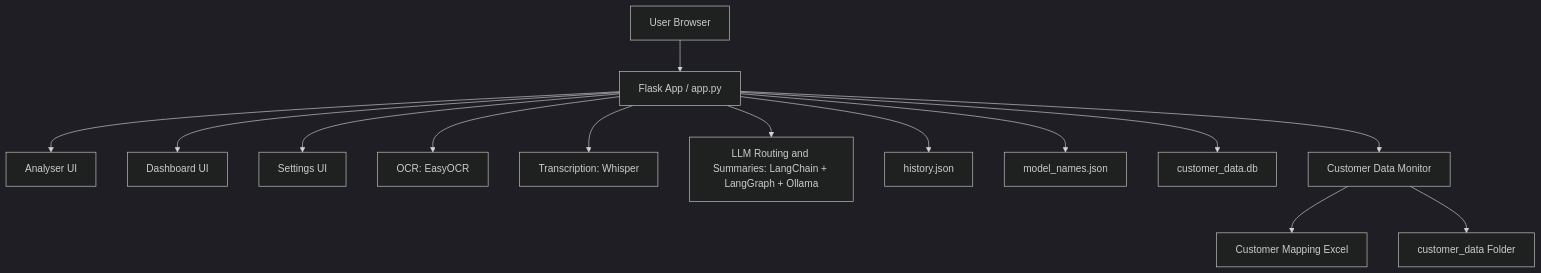
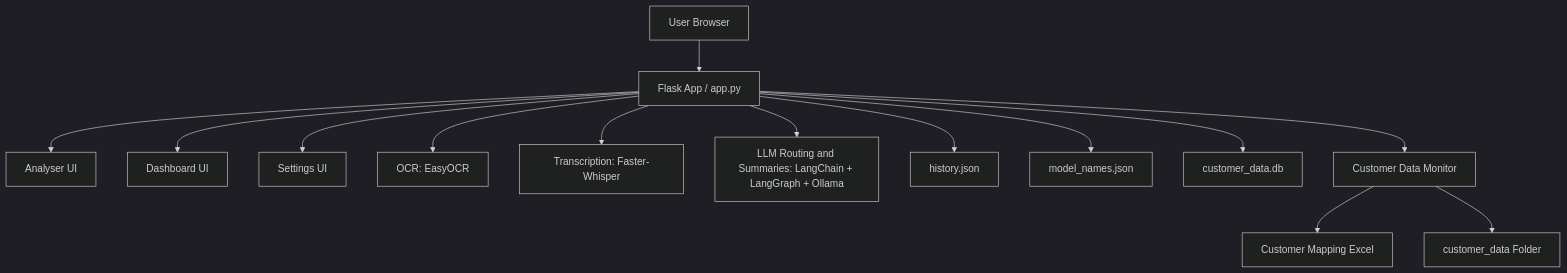
Before and after one commit to arunaj-1989/ISPAnalysers: the diagram in README.md, drawn with Mermaid (dark theme). The commit also changed other lines of this file and 22 other files, not shown here.

Commit message:
updated to faster-whisper models

````diff
--- a/README.md
+++ b/README.md
@@ -28,20 +28,20 @@
 ```mermaid
 graph TD
     U[User Browser] --> F[Flask App / app.py]
 
     F --> A[Analyser UI]
     F --> D[Dashboard UI]
     F --> S[Settings UI]
 
     F --> O[OCR: EasyOCR]
-    F --> W[Transcription: Whisper]
+   F --> W[Transcription: Faster-Whisper]
     F --> L[LLM Routing and Summaries: LangChain + LangGraph + Ollama]
 
     F --> H[history.json]
     F --> M[model_names.json]
     F --> Q[customer_data.db]
 
     F --> C[Customer Data Monitor]
     C --> X[Customer Mapping Excel]
     C --> R[customer_data Folder]
 ```
````
